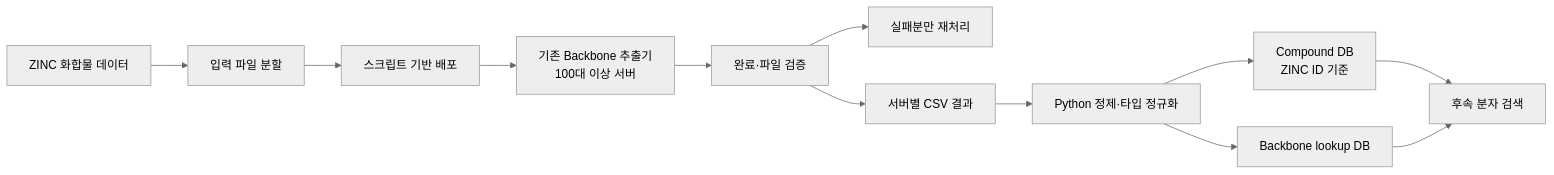
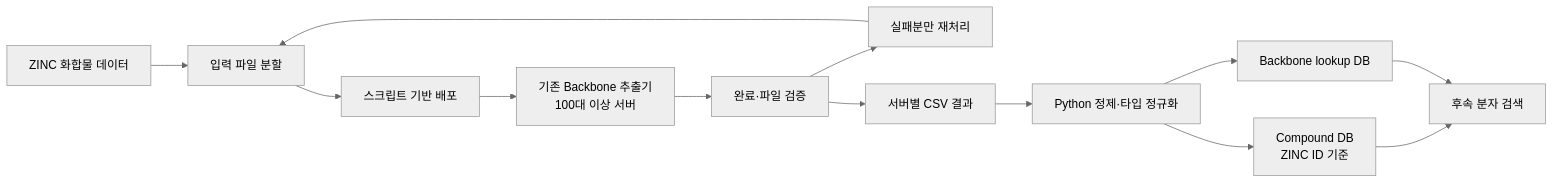
The diagram in README.ko.md (DevSmapy/High-Throughput-Computational-Drug-Discovery-Infrastructure), drawn with Mermaid (neutral theme) before and after one commit. The commit also changed other lines of this file and 2 other files, not shown here.

````diff
--- a/README.ko.md
+++ b/README.ko.md
@@ -57,14 +57,15 @@
 ```mermaid
 flowchart LR
     A[ZINC 화합물 데이터] --> B[입력 파일 분할]
     B --> C[스크립트 기반 배포]
     C --> D[기존 Backbone 추출기<br/>100대 이상 서버]
     D --> E[완료·파일 검증]
     E --> F[실패분만 재처리]
+    F --> B
     E --> G[서버별 CSV 결과]
     G --> H[Python 정제·타입 정규화]
     H --> I[Compound DB<br/>ZINC ID 기준]
     H --> J[Backbone lookup DB]
     I --> K[후속 분자 검색]
     J --> K
 ```
````
